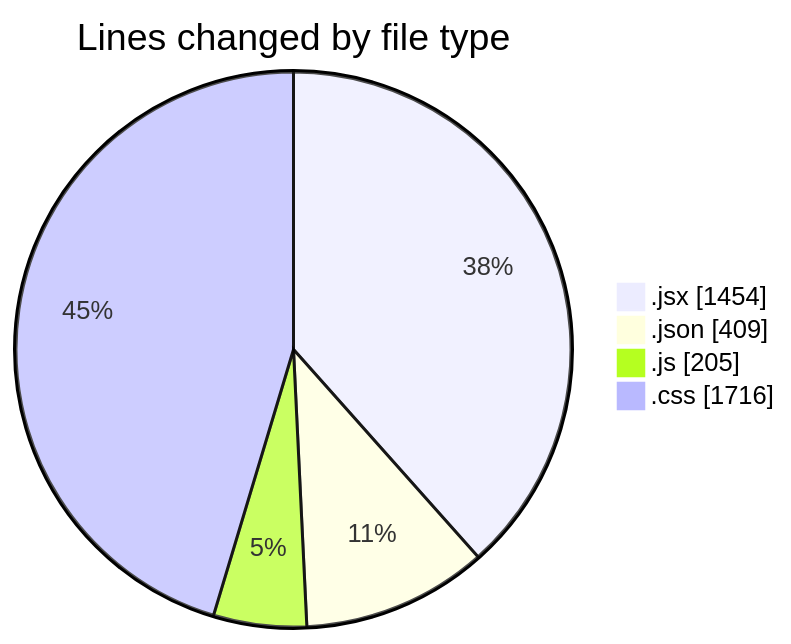
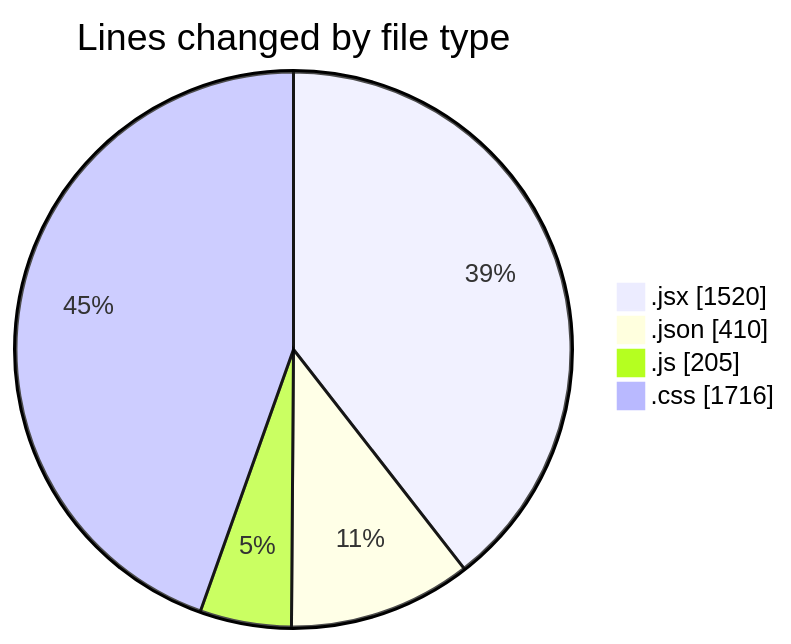
Before and after one commit to BS-eng2023/code-tracking: the first of 2 diagrams in 2025-05-04/project/README.md, drawn with Mermaid. The commit also changed other lines of this file and 1 other file, not shown here.

````diff
--- a/2025-05-04/project/README.md
+++ b/2025-05-04/project/README.md
@@ -40,8 +40,8 @@
 ```mermaid
 pie showData
 title Lines changed by file type
-".jsx" : 1454
-".json" : 409
+".jsx" : 1520
+".json" : 410
 ".js" : 205
 ".css" : 1716
 ```
````
